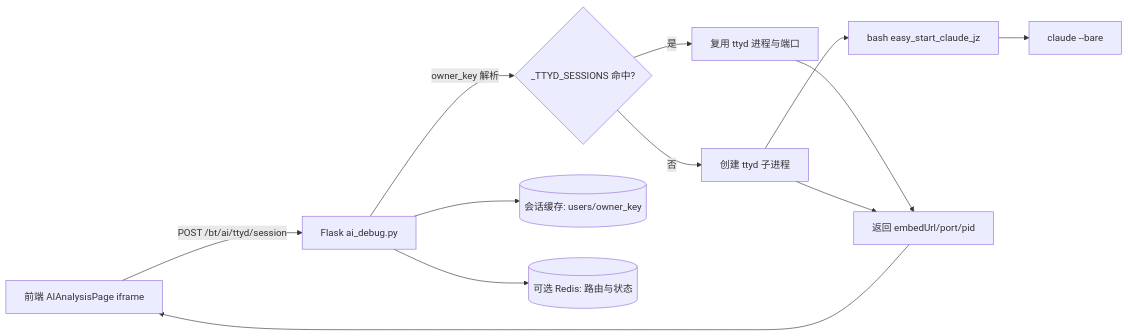
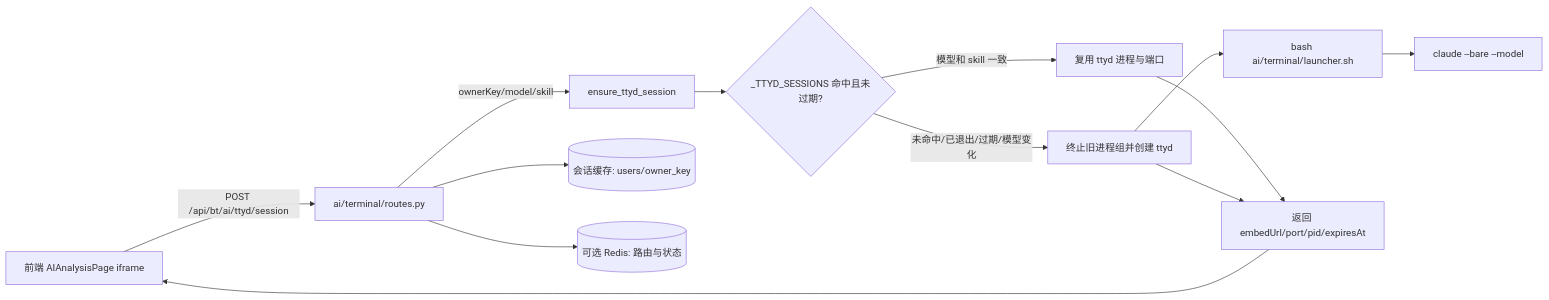
One commit to Zouwii/management-system changed the first of 2 diagrams in backend/ai/docs/03-multi-user-design.md. Above: the diagram before and after it, drawn with Mermaid. The commit also changed other lines of this file and 68 other files, not shown here.

````diff
--- a/backend/ai/docs/03-multi-user-design.md
+++ b/backend/ai/docs/03-multi-user-design.md
@@ -33,14 +33,15 @@
 ```mermaid
 flowchart LR
-    U[前端 AIAnalysisPage iframe] -->|POST /bt/ai/ttyd/session| A[Flask ai_debug.py]
-    A -->|owner_key 解析| B{_TTYD_SESSIONS 命中?}
-    B -->|是| C[复用 ttyd 进程与端口]
-    B -->|否| D[创建 ttyd 子进程]
-    D --> E[bash easy_start_claude_jz]
-    E --> F[claude --bare]
-    A --> G[(会话缓存: users/owner_key)]
+    U[前端 AIAnalysisPage iframe] -->|POST /api/bt/ai/ttyd/session| A[ai/terminal/routes.py]
+    A -->|ownerKey/model/skill| B[ensure_ttyd_session]
+    B --> C{_TTYD_SESSIONS 命中且未过期?}
+    C -->|模型和 skill 一致| D[复用 ttyd 进程与端口]
+    C -->|未命中/已退出/过期/模型变化| E[终止旧进程组并创建 ttyd]
+    E --> F[bash ai/terminal/launcher.sh]
+    F --> G[claude --bare --model]
+    A --> J[(会话缓存: users/owner_key)]
     A --> H[(可选 Redis: 路由与状态)]
-    C --> I[返回 embedUrl/port/pid]
-    D --> I
+    D --> I[返回 embedUrl/port/pid/expiresAt]
+    E --> I
     I --> U
 ```
````
